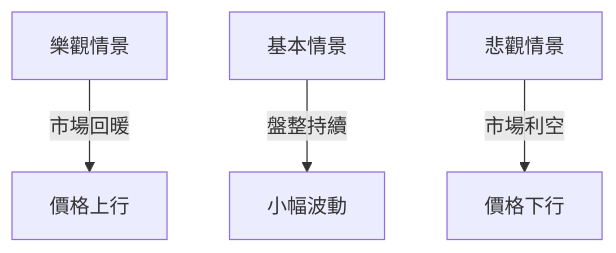
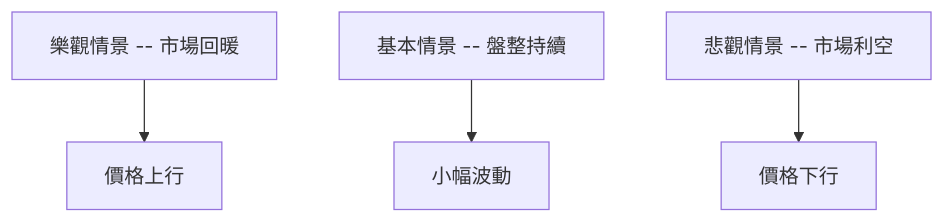
Before and after one commit to yennanliu/finance_data: diagram 11 of 11 in ai_gen_report/stock/amd/technical_analysis_2026-03-31_openai.md, drawn with Mermaid. The commit also changed other lines of this file and 2258 other files, not shown here.

First line of the commit message:
chore: backfill Mermaid syntax repair across existing reports

````diff
--- a/ai_gen_report/stock/amd/technical_analysis_2026-03-31_openai.md
+++ b/ai_gen_report/stock/amd/technical_analysis_2026-03-31_openai.md
@@ -369,6 +369,6 @@
 ```mermaid
 graph TD
-    樂觀情景 -- 市場回暖 --> 價格上行
-    基本情景 -- 盤整持續 --> 小幅波動
-    悲觀情景 -- 市場利空 --> 價格下行
+    nb1["樂觀情景 -- 市場回暖"] --> 價格上行
+    nb2["基本情景 -- 盤整持續"] --> 小幅波動
+    nb3["悲觀情景 -- 市場利空"] --> 價格下行
 ```
````
